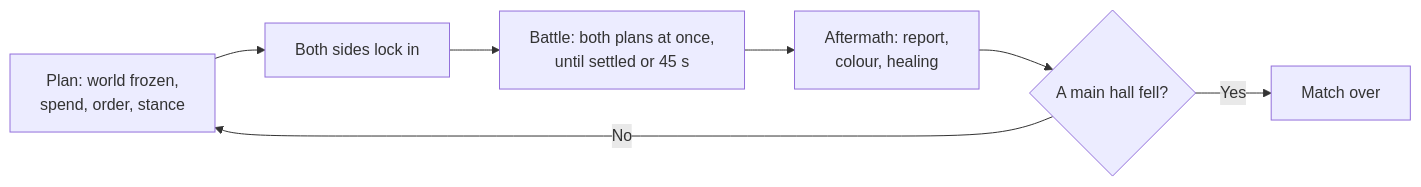
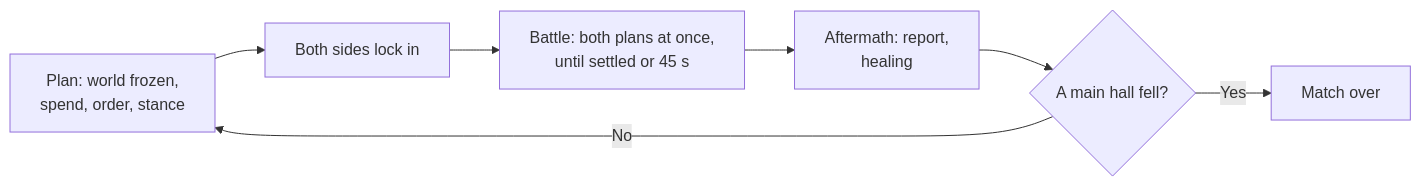
One commit to nauqh/greyfall changed the first of 2 diagrams in PRD.md. Above: the diagram before and after it, drawn with Mermaid. The commit also changed other lines of this file, not shown here.

````diff
--- a/PRD.md
+++ b/PRD.md
@@ -55,9 +56,9 @@
 ```mermaid
 flowchart LR
   A[Plan: world frozen,<br/>spend, order, stance] --> B[Both sides lock in]
   B --> C[Battle: both plans at once,<br/>until settled or 45 s]
-  C --> D[Aftermath: report,<br/>colour, healing]
+  C --> D[Aftermath: report,<br/>healing]
   D --> E{A main hall fell?}
   E -->|No| A
   E -->|Yes| F[Match over]
 ```
````
